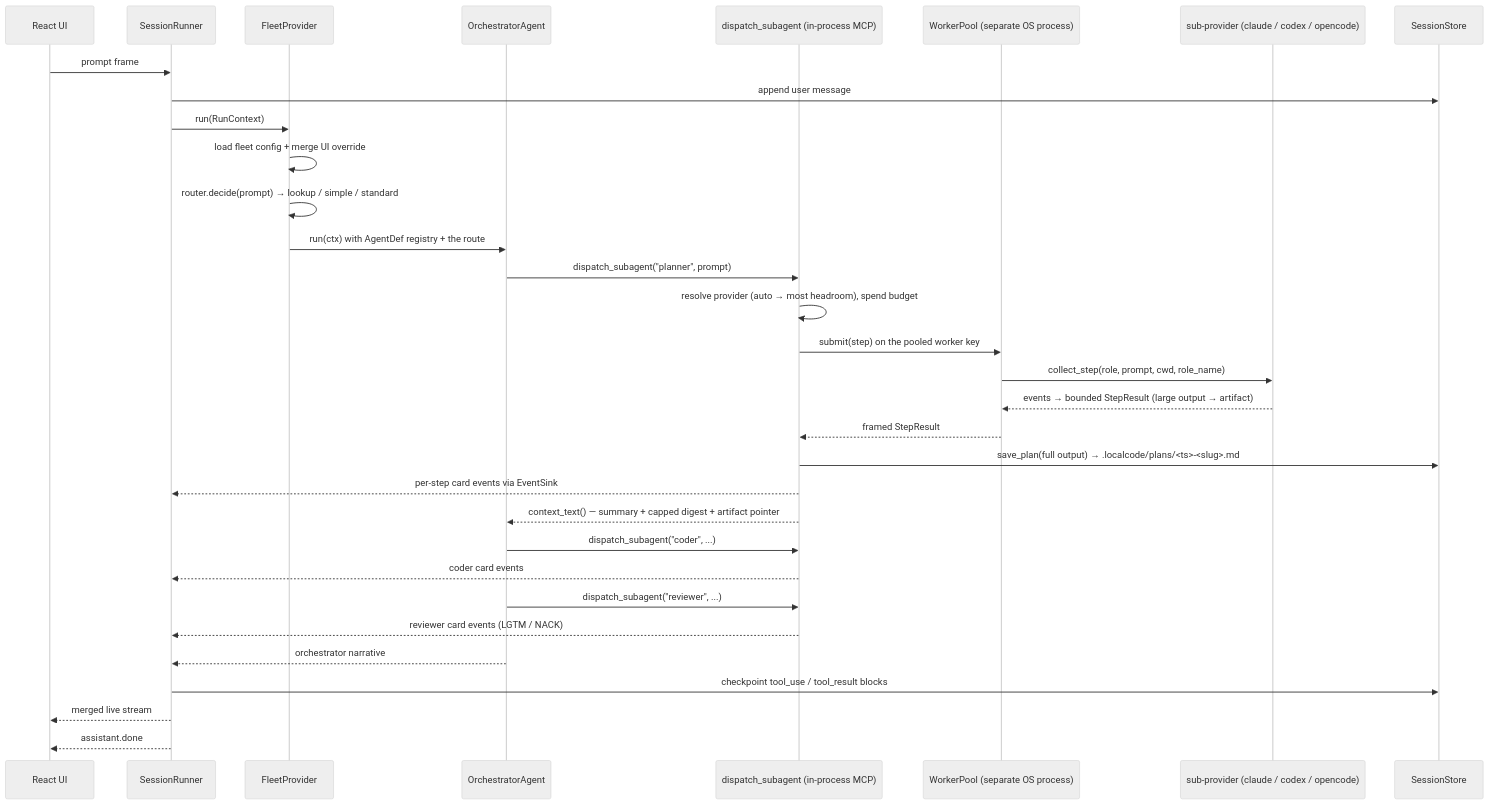
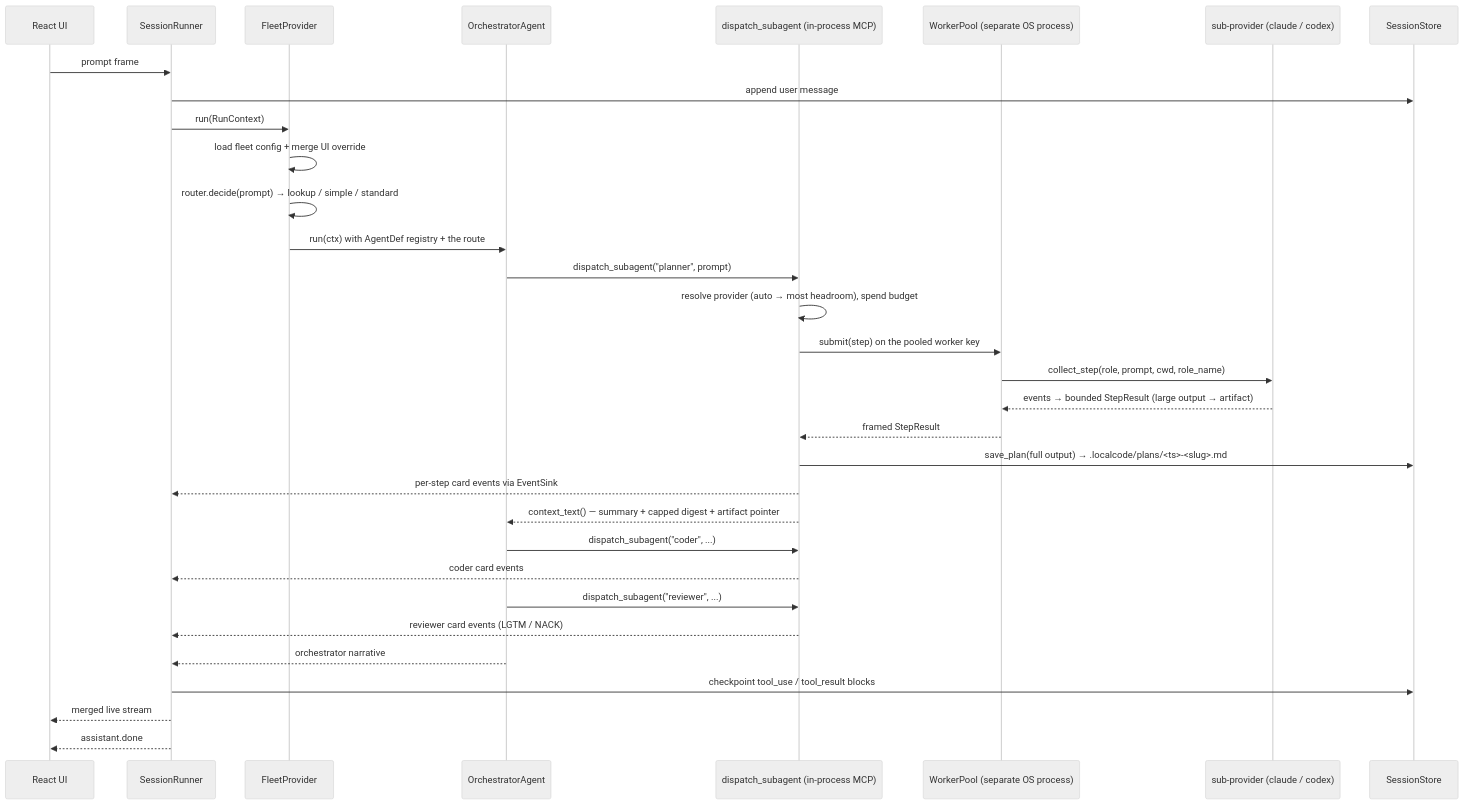
Before and after one commit to cartmancodes/LocalCode: the second of 4 diagrams in docs/architecture.md, drawn with Mermaid (neutral theme). The commit also changed other lines of this file and 49 other files, not shown here.

````diff
--- a/docs/architecture.md
+++ b/docs/architecture.md
@@ -1145,35 +1105,35 @@
 ```mermaid
 sequenceDiagram
     participant UI as React UI
     participant R as SessionRunner
     participant F as FleetProvider
     participant O as OrchestratorAgent
     participant MCP as dispatch_subagent (in-process MCP)
     participant W as WorkerPool (separate OS process)
-    participant Sub as sub-provider (claude / codex / opencode)
+    participant Sub as sub-provider (claude / codex)
     participant S as SessionStore
 
     UI->>R: prompt frame
     R->>S: append user message
     R->>F: run(RunContext)
     F->>F: load fleet config + merge UI override
     F->>F: router.decide(prompt) → lookup / simple / standard
     F->>O: run(ctx) with AgentDef registry + the route
     O->>MCP: dispatch_subagent("planner", prompt)
     MCP->>MCP: resolve provider (auto → most headroom), spend budget
     MCP->>W: submit(step) on the pooled worker key
     W->>Sub: collect_step(role, prompt, cwd, role_name)
     Sub-->>W: events → bounded StepResult (large output → artifact)
     W-->>MCP: framed StepResult
     MCP->>S: save_plan(full output) → .localcode/plans/<ts>-<slug>.md
     MCP-->>R: per-step card events via EventSink
     MCP-->>O: context_text() — summary + capped digest + artifact pointer
     O->>MCP: dispatch_subagent("coder", ...)
     MCP-->>R: coder card events
     O->>MCP: dispatch_subagent("reviewer", ...)
     MCP-->>R: reviewer card events (LGTM / NACK)
     O-->>R: orchestrator narrative
     R->>S: checkpoint tool_use / tool_result blocks
     R-->>UI: merged live stream
     R-->>UI: assistant.done
 ```
````
